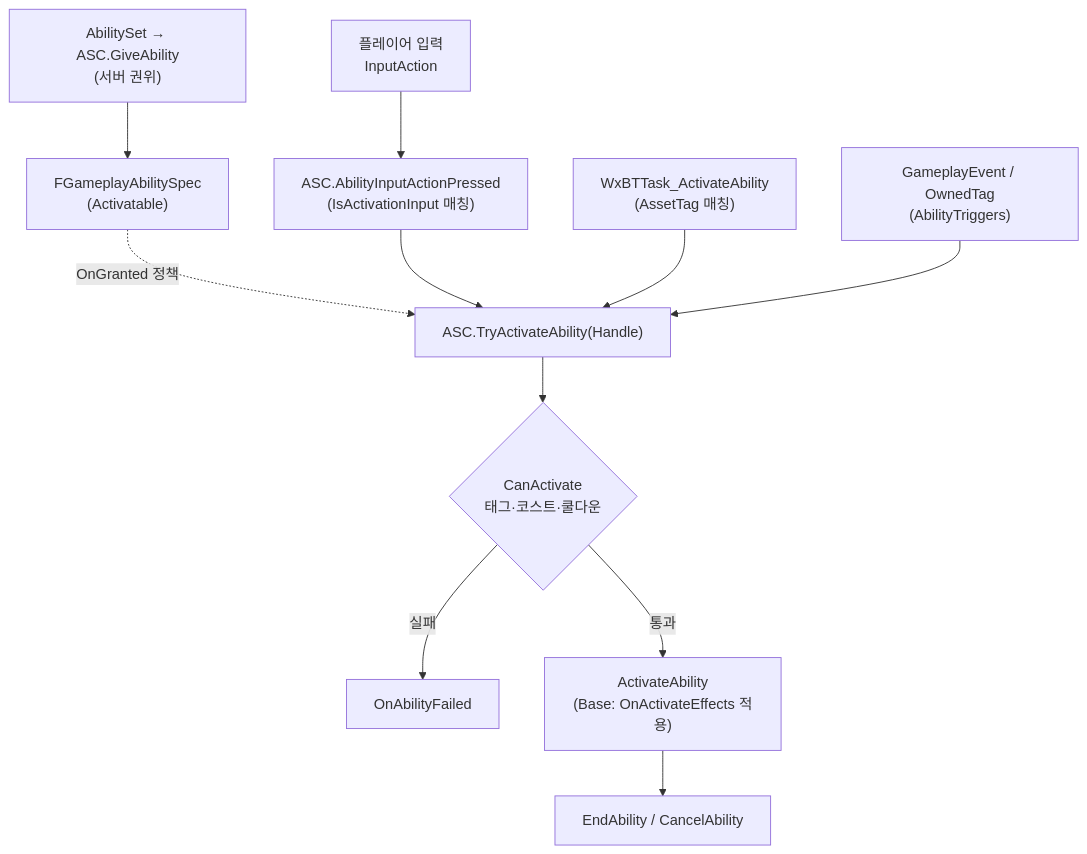
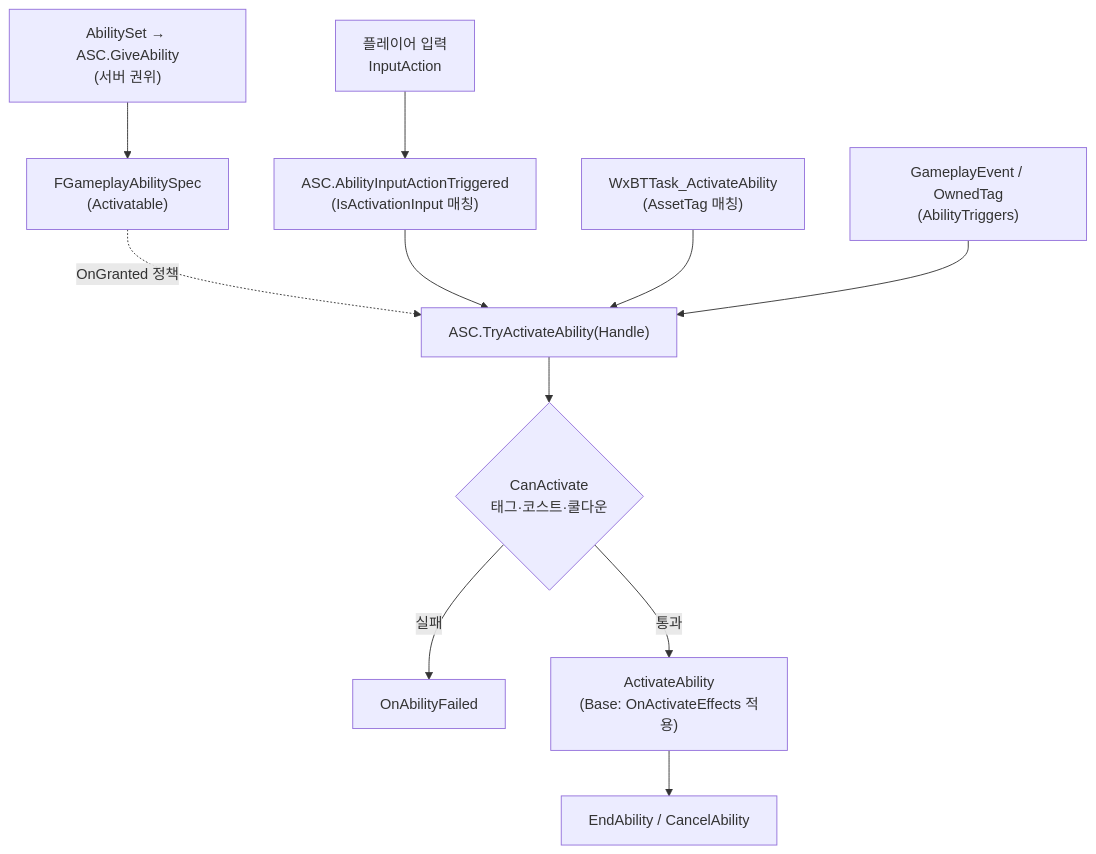
One commit to Woogl/ProjectWx changed the diagram in Docs/Programmer/Ability_Activation_Flow.md. Above: the diagram before and after it, drawn with Mermaid. The commit also changed other lines of this file and 60 other files, not shown here.

````diff
--- a/Docs/Programmer/Ability_Activation_Flow.md
+++ b/Docs/Programmer/Ability_Activation_Flow.md
@@ -22,12 +22,12 @@
 ```mermaid
 flowchart TD
     Grant["AbilitySet → ASC.GiveAbility<br/>(서버 권위)"] --> Spec["FGameplayAbilitySpec<br/>(Activatable)"]
     Spec -. "OnGranted 정책" .-> TAA
-    Input["플레이어 입력<br/>InputAction"] --> ASCIn["ASC.AbilityInputActionPressed<br/>(IsActivationInput 매칭)"] --> TAA["ASC.TryActivateAbility(Handle)"]
+    Input["플레이어 입력<br/>InputAction"] --> ASCIn["ASC.AbilityInputActionTriggered<br/>(IsActivationInput 매칭)"] --> TAA["ASC.TryActivateAbility(Handle)"]
     AI["WxBTTask_ActivateAbility<br/>(AssetTag 매칭)"] --> TAA
     Event["GameplayEvent / OwnedTag<br/>(AbilityTriggers)"] --> TAA
     TAA --> Gate{"CanActivate<br/>태그·코스트·쿨다운"}
     Gate -- 실패 --> Fail["OnAbilityFailed"]
     Gate -- 통과 --> Act["ActivateAbility<br/>(Base: OnActivateEffects 적용)"]
     Act --> End["EndAbility / CancelAbility"]
 ```
````
